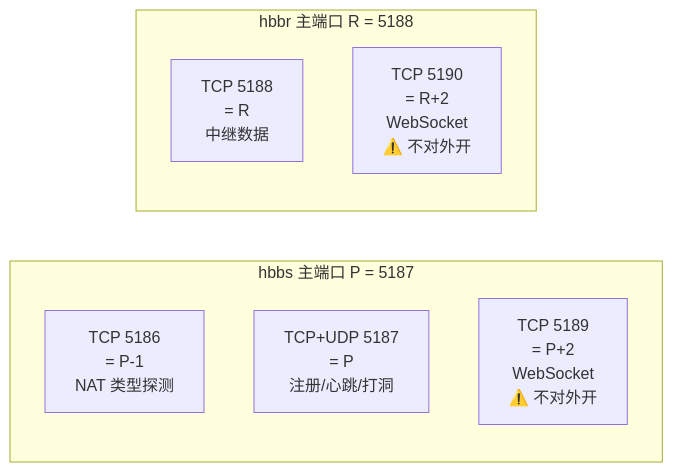
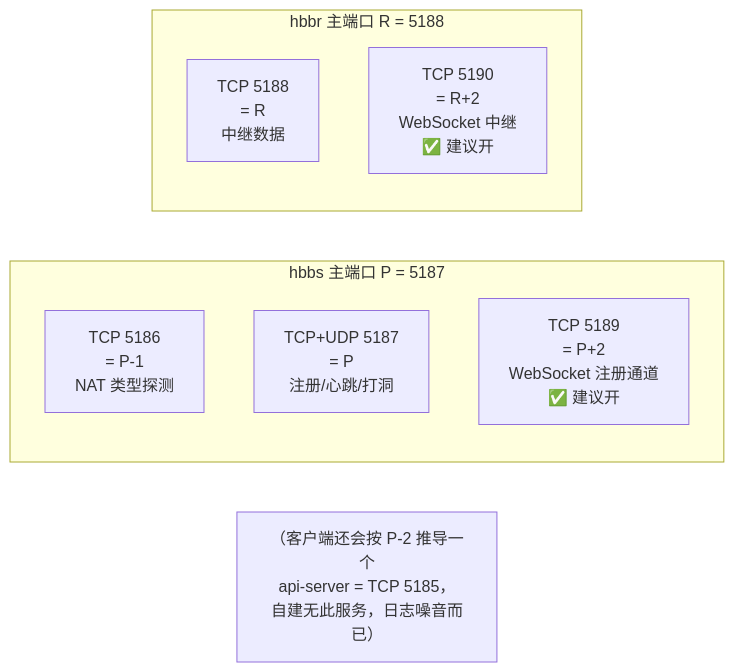
One commit to liaozhimingandy/wedesk changed the second of 6 diagrams in docs/13-server-deployment-handbook.md. Above: the diagram before and after it, drawn with Mermaid. The commit also changed other lines of this file and 5 other files, not shown here.

First line of the commit message:
端口规划补 5189/5190：WebSocket 端口默认 publish

````diff
--- a/docs/13-server-deployment-handbook.md
+++ b/docs/13-server-deployment-handbook.md
@@ -109,12 +109,13 @@
 ```mermaid
 flowchart LR
     subgraph HBBS_D["hbbs 主端口 P = 5187"]
         P1["TCP 5186<br/>= P-1<br/>NAT 类型探测"]
         P2["TCP+UDP 5187<br/>= P<br/>注册/心跳/打洞"]
-        P3["TCP 5189<br/>= P+2<br/>WebSocket<br/>⚠️ 不对外开"]
+        P3["TCP 5189<br/>= P+2<br/>WebSocket 注册通道<br/>✅ 建议开"]
     end
     subgraph HBBR_D["hbbr 主端口 R = 5188"]
         R1["TCP 5188<br/>= R<br/>中继数据"]
-        R2["TCP 5190<br/>= R+2<br/>WebSocket<br/>⚠️ 不对外开"]
+        R2["TCP 5190<br/>= R+2<br/>WebSocket 中继<br/>✅ 建议开"]
     end
+    PS["（客户端还会按 P-2 推导一个<br/>api-server = TCP 5185，<br/>自建无此服务，日志噪音而已）"]
 ```
````
